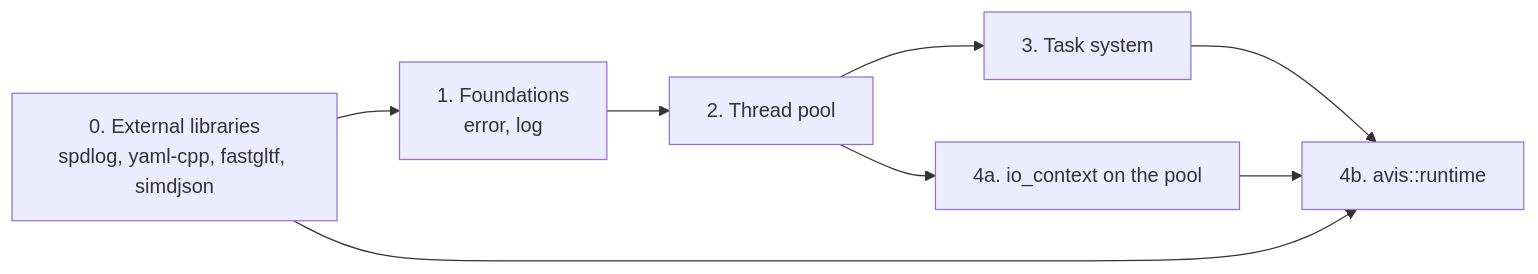
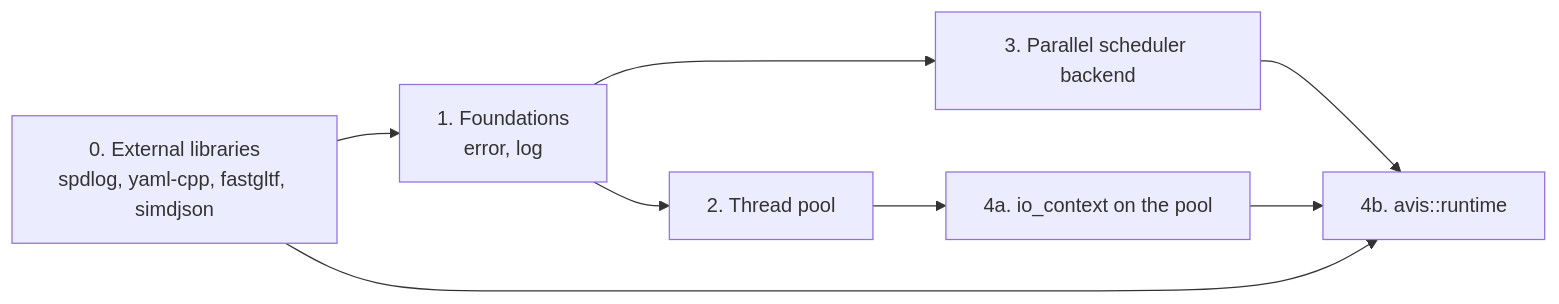
Before and after one commit to KevindeQ/avis: the diagram in docs/tasks/README.md, drawn with Mermaid. The commit also changed other lines of this file and 25 other files, not shown here.

First line of the commit message:
Add the parallel scheduler backend to avis::threading

````diff
--- a/docs/tasks/README.md
+++ b/docs/tasks/README.md
@@ -19,10 +19,10 @@
 ```mermaid
 flowchart LR
     ext[0. External libraries<br/>spdlog, yaml-cpp, fastgltf, simdjson] --> f[1. Foundations<br/>error, log]
     f --> tp[2. Thread pool]
-    tp --> ts[3. Task system]
+    f --> ps[3. Parallel scheduler backend]
     tp --> io[4a. io_context on the pool]
-    ts --> rt[4b. avis::runtime]
+    ps --> rt[4b. avis::runtime]
     io --> rt
     ext --> rt
 ```
````
